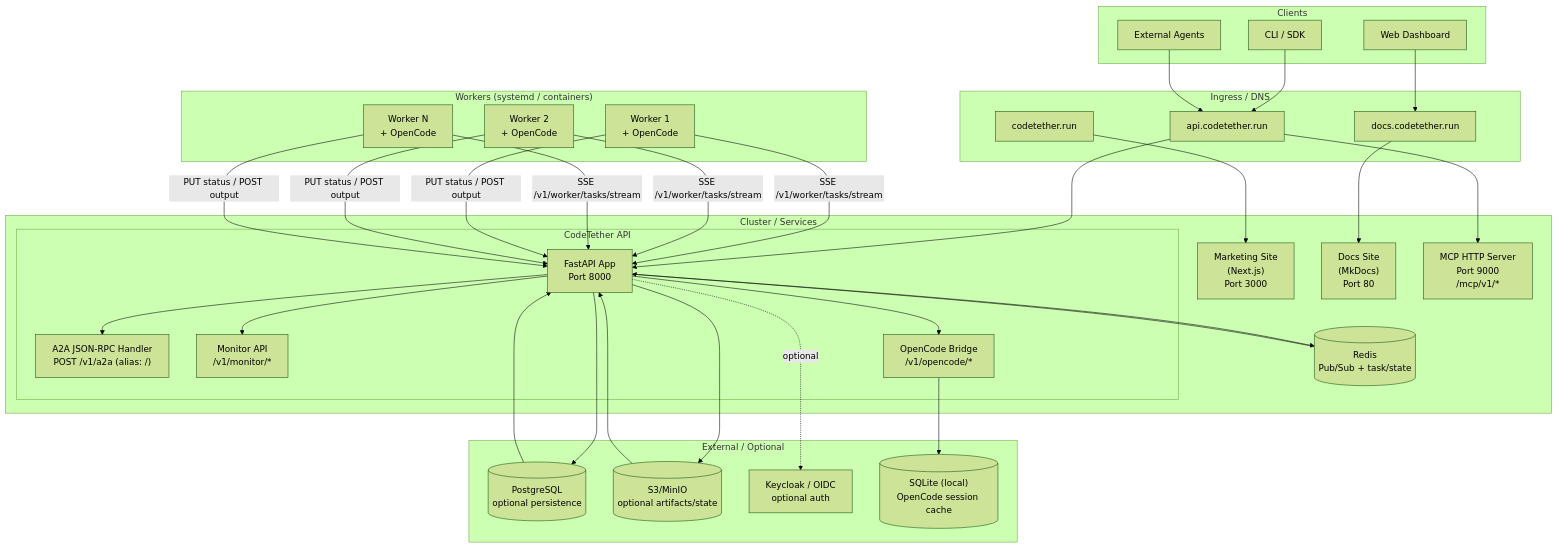
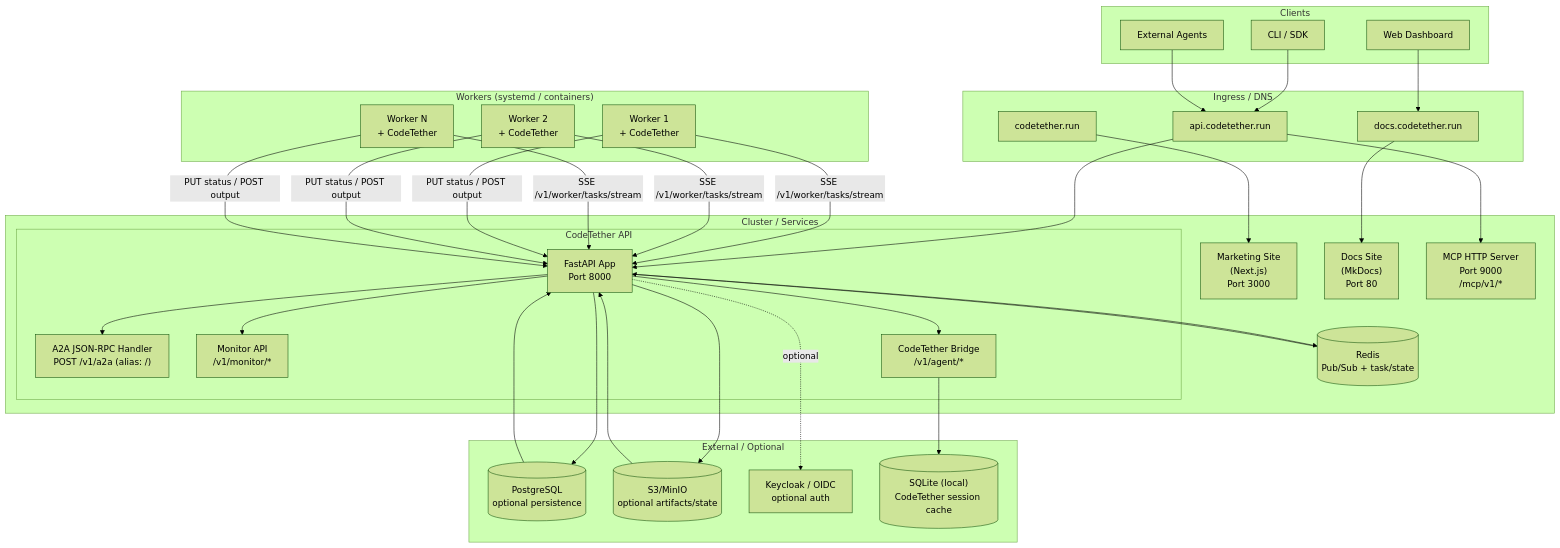
One commit to rileyseaburg/codetether changed the first of 3 diagrams in codetether-docs/concepts/architecture.md. Above: the diagram before and after it, drawn with Mermaid (forest theme). The commit also changed other lines of this file and 26 other files, not shown here.

````diff
--- a/codetether-docs/concepts/architecture.md
+++ b/codetether-docs/concepts/architecture.md
@@ -12,72 +12,72 @@
 ```mermaid
 graph TB
     subgraph Clients
         Web[Web Dashboard]
         CLI[CLI / SDK]
         Agents[External Agents]
     end
 
     subgraph Edge[Ingress / DNS]
         MKT[codetether.run]
         DOCS[docs.codetether.run]
         APIHOST[api.codetether.run]
     end
 
     subgraph "Cluster / Services"
         Marketing["Marketing Site<br/>(Next.js)<br/>Port 3000"]
         DocsSite["Docs Site<br/>(MkDocs)<br/>Port 80"]
 
         subgraph "CodeTether API"
             API["FastAPI App<br/>Port 8000"]
             A2A["A2A JSON-RPC Handler<br/>POST /v1/a2a (alias: /)"]
             Monitor["Monitor API<br/>/v1/monitor/*"]
-            OpenCode["OpenCode Bridge<br/>/v1/opencode/*"]
+            CodeTether["CodeTether Bridge<br/>/v1/agent/*"]
         end
 
         MCP["MCP HTTP Server<br/>Port 9000<br/>/mcp/v1/*"]
 
         Redis[("Redis<br/>Pub/Sub + task/state")]
     end
 
     subgraph "Workers (systemd / containers)"
-        W1["Worker 1<br/>+ OpenCode"]
-        W2["Worker 2<br/>+ OpenCode"]
-        WN["Worker N<br/>+ OpenCode"]
+        W1["Worker 1<br/>+ CodeTether"]
+        W2["Worker 2<br/>+ CodeTether"]
+        WN["Worker N<br/>+ CodeTether"]
     end
 
     subgraph "External / Optional"
         DB[("PostgreSQL<br/>optional persistence")]
         S3[("S3/MinIO<br/>optional artifacts/state")]
         Auth["Keycloak / OIDC<br/>optional auth"]
-        SQLite[("SQLite (local)<br/>OpenCode session cache")]
+        SQLite[("SQLite (local)<br/>CodeTether session cache")]
     end
 
     Web --> DOCS
     CLI --> APIHOST
     Agents --> APIHOST
 
     MKT --> Marketing
     DOCS --> DocsSite
     APIHOST --> API
     APIHOST --> MCP
 
     API --> A2A
     API --> Monitor
-    API --> OpenCode
+    API --> CodeTether
 
     API --> Redis
     Redis --> API
     API --> DB
     DB --> API
     API --> S3
     S3 --> API
     API -. optional .-> Auth
-    OpenCode --> SQLite
+    CodeTether --> SQLite
 
     W1 -->|SSE /v1/worker/tasks/stream| API
     W2 -->|SSE /v1/worker/tasks/stream| API
     WN -->|SSE /v1/worker/tasks/stream| API
     W1 -->|PUT status / POST output| API
     W2 -->|PUT status / POST output| API
     WN -->|PUT status / POST output| API
 ```
````
